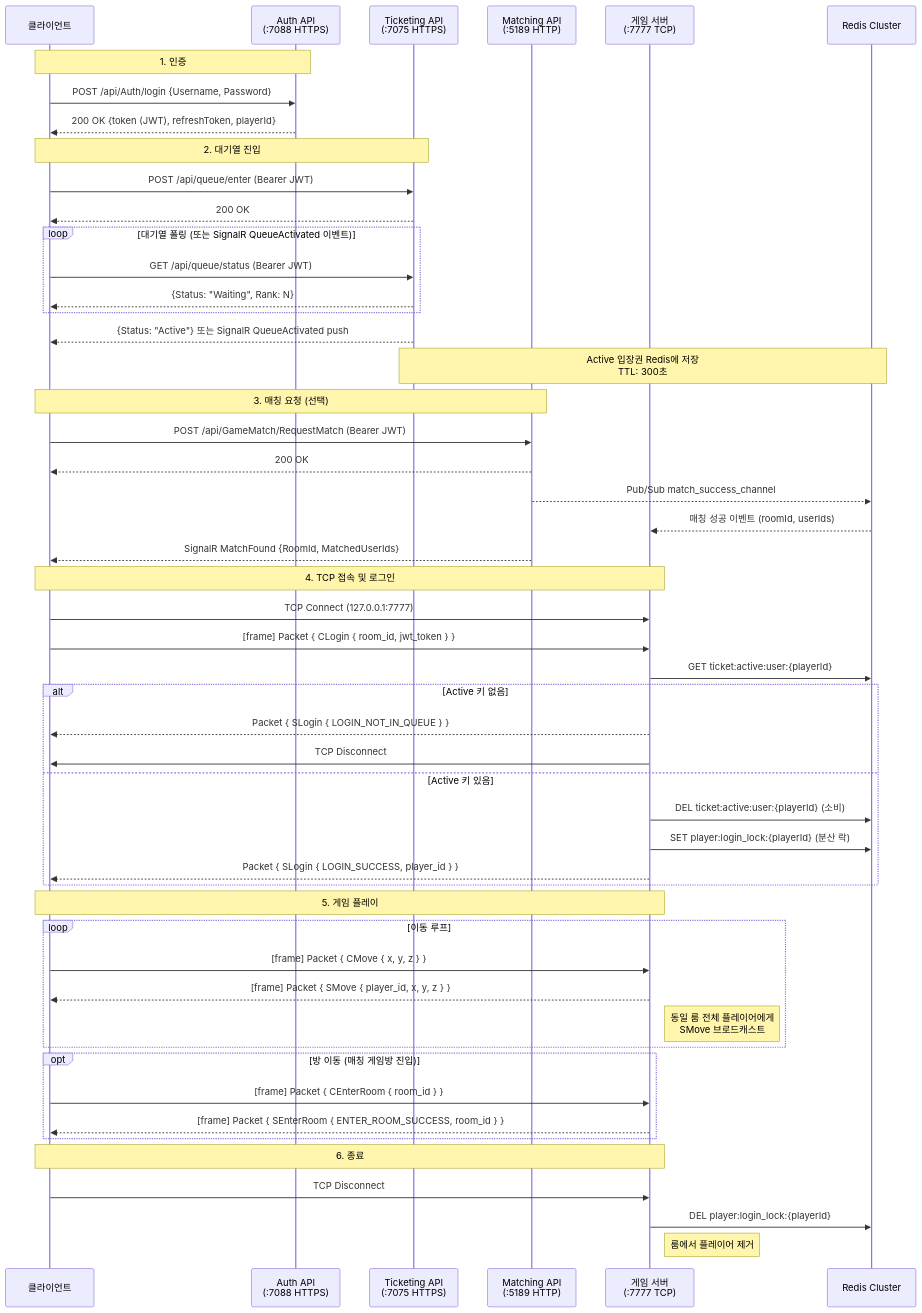
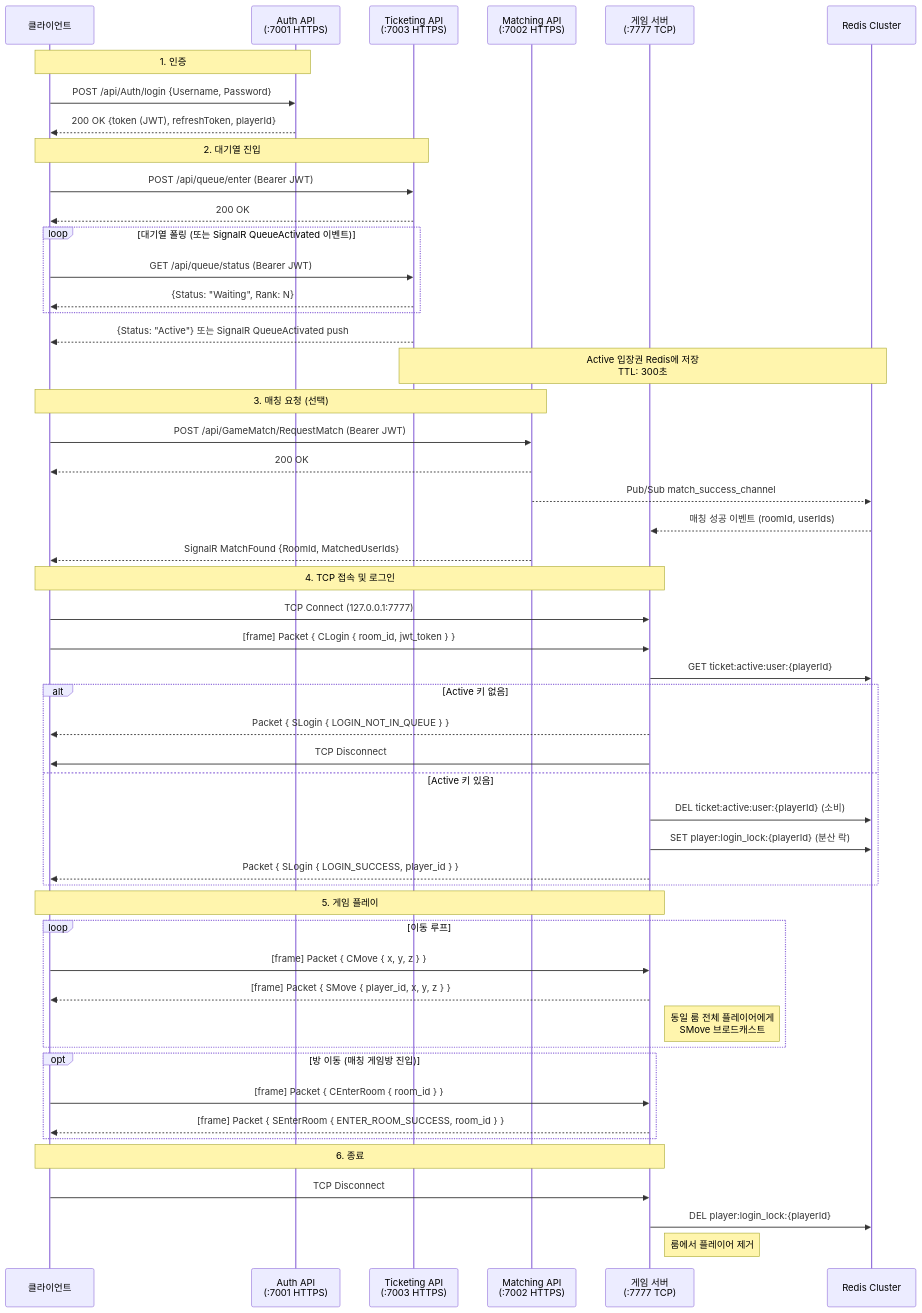
Before and after one commit to rumdice/platformA: the third of 5 diagrams in Docs/api-guide/game-server-protocol.md, drawn with Mermaid. The commit also changed 8 other files, not shown here.

````diff
--- a/Docs/api-guide/game-server-protocol.md
+++ b/Docs/api-guide/game-server-protocol.md
@@ -246,60 +246,60 @@
 ```mermaid
 sequenceDiagram
     participant C as 클라이언트
-    participant AuthAPI as Auth API<br/>(:7088 HTTPS)
-    participant TicketAPI as Ticketing API<br/>(:7075 HTTPS)
-    participant MatchAPI as Matching API<br/>(:5189 HTTP)
+    participant AuthAPI as Auth API<br/>(:7001 HTTPS)
+    participant TicketAPI as Ticketing API<br/>(:7003 HTTPS)
+    participant MatchAPI as Matching API<br/>(:7002 HTTPS)
     participant GS as 게임 서버<br/>(:7777 TCP)
     participant Redis as Redis Cluster
 
     Note over C,AuthAPI: 1. 인증
     C->>AuthAPI: POST /api/Auth/login {Username, Password}
     AuthAPI-->>C: 200 OK {token (JWT), refreshToken, playerId}
 
     Note over C,TicketAPI: 2. 대기열 진입
     C->>TicketAPI: POST /api/queue/enter (Bearer JWT)
     TicketAPI-->>C: 200 OK
     loop 대기열 폴링 (또는 SignalR QueueActivated 이벤트)
         C->>TicketAPI: GET /api/queue/status (Bearer JWT)
         TicketAPI-->>C: {Status: "Waiting", Rank: N}
     end
     TicketAPI-->>C: {Status: "Active"} 또는 SignalR QueueActivated push
     Note over TicketAPI,Redis: Active 입장권 Redis에 저장<br/>TTL: 300초
 
     Note over C,MatchAPI: 3. 매칭 요청 (선택)
     C->>MatchAPI: POST /api/GameMatch/RequestMatch (Bearer JWT)
     MatchAPI-->>C: 200 OK
     MatchAPI-->>Redis: Pub/Sub match_success_channel
     Redis-->>GS: 매칭 성공 이벤트 (roomId, userIds)
     MatchAPI-->>C: SignalR MatchFound {RoomId, MatchedUserIds}
 
     Note over C,GS: 4. TCP 접속 및 로그인
     C->>GS: TCP Connect (127.0.0.1:7777)
     C->>GS: [frame] Packet { CLogin { room_id, jwt_token } }
     GS->>Redis: GET ticket:active:user:{playerId}
     alt Active 키 없음
         GS-->>C: Packet { SLogin { LOGIN_NOT_IN_QUEUE } }
         GS->>C: TCP Disconnect
     else Active 키 있음
         GS->>Redis: DEL ticket:active:user:{playerId} (소비)
         GS->>Redis: SET player:login_lock:{playerId} (분산 락)
         GS-->>C: Packet { SLogin { LOGIN_SUCCESS, player_id } }
     end
 
     Note over C,GS: 5. 게임 플레이
     loop 이동 루프
         C->>GS: [frame] Packet { CMove { x, y, z } }
         GS-->>C: [frame] Packet { SMove { player_id, x, y, z } }
         Note right of GS: 동일 룸 전체 플레이어에게<br/>SMove 브로드캐스트
     end
 
     opt 방 이동 (매칭 게임방 진입)
         C->>GS: [frame] Packet { CEnterRoom { room_id } }
         GS-->>C: [frame] Packet { SEnterRoom { ENTER_ROOM_SUCCESS, room_id } }
     end
 
     Note over C,GS: 6. 종료
     C->>GS: TCP Disconnect
     GS->>Redis: DEL player:login_lock:{playerId}
     Note right of GS: 룸에서 플레이어 제거
 ```
````
